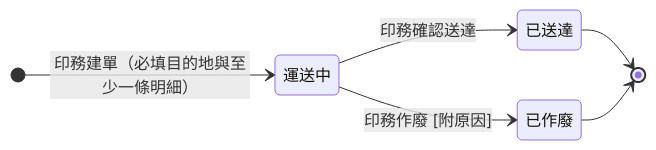
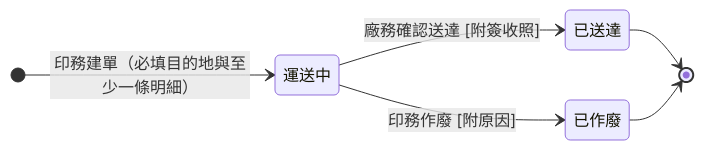
The diagram in memory/Sens_wiki/wiki/erp/06-state-machines/轉交單狀態.md (Kawato-Miles/erp-spec), drawn with Mermaid before and after one commit. The commit also changed other lines of this file and 5 other files, not shown here.

````diff
--- a/memory/Sens_wiki/wiki/erp/06-state-machines/轉交單狀態.md
+++ b/memory/Sens_wiki/wiki/erp/06-state-machines/轉交單狀態.md
@@ -38,16 +38,16 @@
 ```mermaid
 stateDiagram-v2
     direction LR
 
     [*] --> s_shipping : 印務建單（必填目的地與至少一條明細）
 
     state "運送中" as s_shipping
     state "已送達" as s_arrived
     state "已作廢" as s_void
 
-    s_shipping --> s_arrived : 印務確認送達
+    s_shipping --> s_arrived : 廠務確認送達 [附簽收照]
     s_shipping --> s_void : 印務作廢 [附原因]
 
     s_arrived --> [*]
     s_void --> [*]
 ```
````
